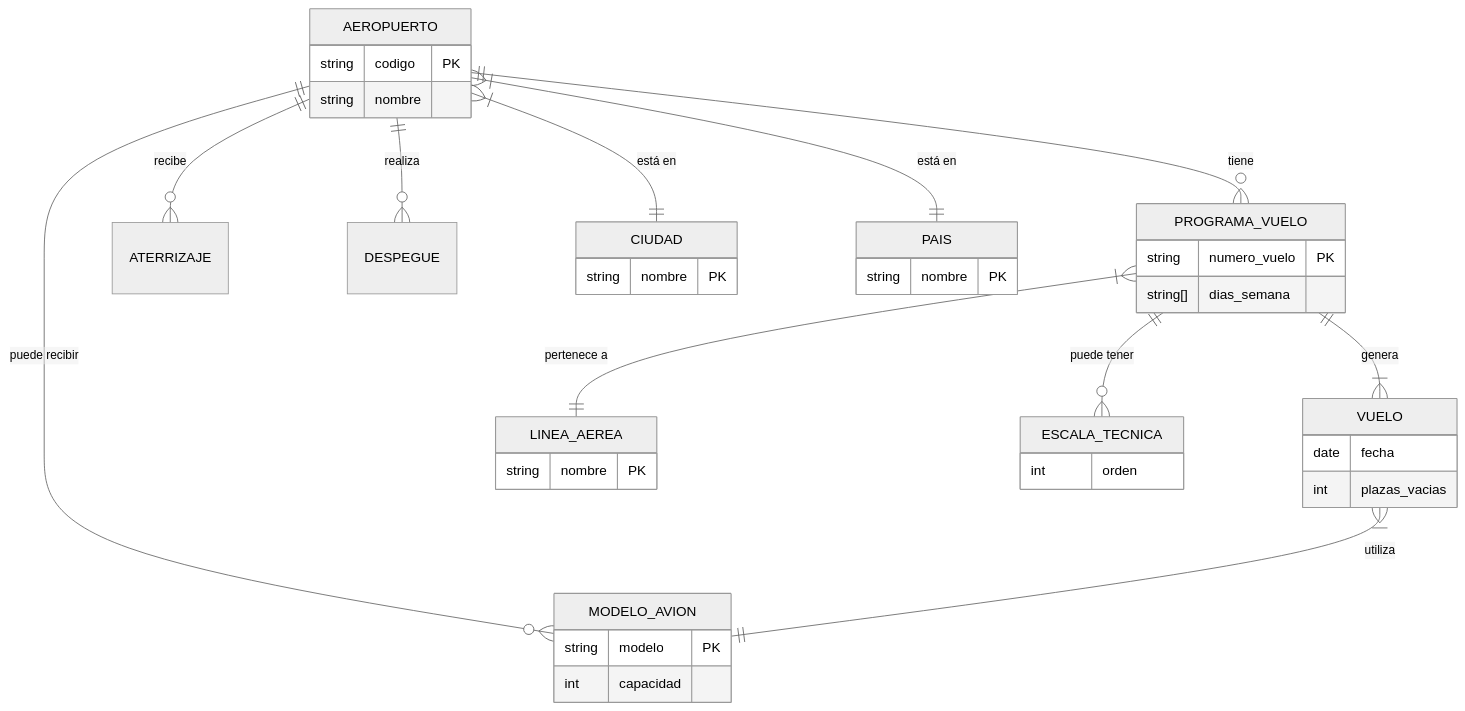
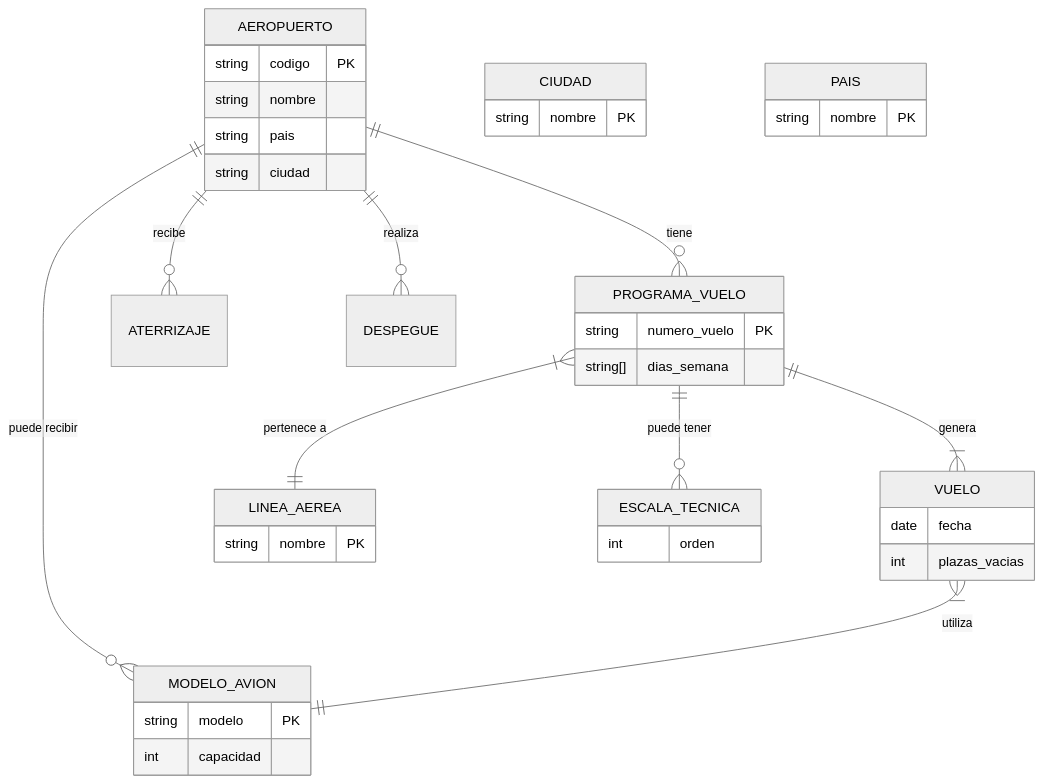
One commit to Joannesjmr-dev/Joannesjmr-dev.github.io changed the diagram in diagrama-er-vuelos.md. Above: the diagram before and after it, drawn with Mermaid (neutral theme).

Commit message:
Update diagrama-er-vuelos.md
Se elimino las lineas de ciudad y pais

````diff
--- a/diagrama-er-vuelos.md
+++ b/diagrama-er-vuelos.md
@@ -1,50 +1,50 @@
 ```mermaid
 erDiagram
     AEROPUERTO ||--o{ PROGRAMA_VUELO : "tiene"
     AEROPUERTO ||--o{ ATERRIZAJE : "recibe"
     AEROPUERTO ||--o{ DESPEGUE : "realiza"
-    AEROPUERTO }|--|| CIUDAD : "está en"
-    AEROPUERTO }|--|| PAIS : "está en"
     AEROPUERTO ||--o{ MODELO_AVION : "puede recibir"
     PROGRAMA_VUELO ||--|{ VUELO : "genera"
     PROGRAMA_VUELO }|--|| LINEA_AEREA : "pertenece a"
     PROGRAMA_VUELO ||--o{ ESCALA_TECNICA : "puede tener"
     VUELO }|--|| MODELO_AVION : "utiliza"
     
     AEROPUERTO {
         string codigo PK
         string nombre
+        string pais
+        string ciudad
     }
     
     PROGRAMA_VUELO {
         string numero_vuelo PK
         string[] dias_semana
     }
     
     VUELO {
         date fecha
         int plazas_vacias
     }
     
     MODELO_AVION {
         string modelo PK
         int capacidad
     }
     
     CIUDAD {
         string nombre PK
     }
     
     PAIS {
         string nombre PK
     }
     
     LINEA_AEREA {
         string nombre PK
     }
     
     ESCALA_TECNICA {
         int orden
     }
 
 ```
````
